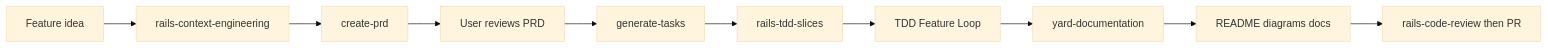
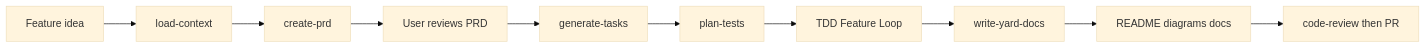
One commit to igmarin/my-RoR-personal-skills changed the second of 17 diagrams in docs/workflow-guide.md. Above: the diagram before and after it, drawn with Mermaid (base theme). The commit also changed other lines of this file and 295 other files, not shown here.

First line of the commit message:
Refactor names flows (#57)

````diff
--- a/docs/workflow-guide.md
+++ b/docs/workflow-guide.md
@@ -203,12 +203,12 @@
 ```mermaid
 flowchart LR
-    A[Feature idea] --> CE[rails-context-engineering]
+    A[Feature idea] --> CE[load-context]
     CE --> B[create-prd]
     B --> C[User reviews PRD]
     C --> D[generate-tasks]
-    D --> E[rails-tdd-slices]
+    D --> E[plan-tests]
     E --> F[TDD Feature Loop]
-    F --> G[yard-documentation]
+    F --> G[write-yard-docs]
     G --> H[README diagrams docs]
-    H --> I[rails-code-review then PR]
+    H --> I[code-review then PR]
 ```
````
